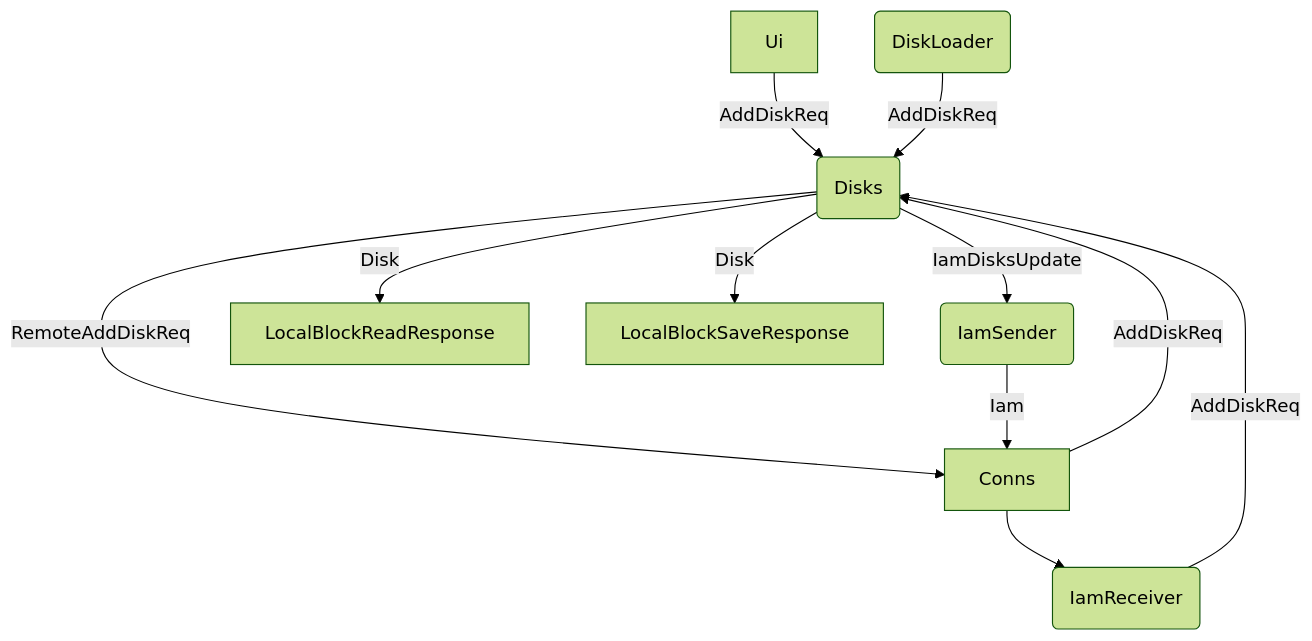
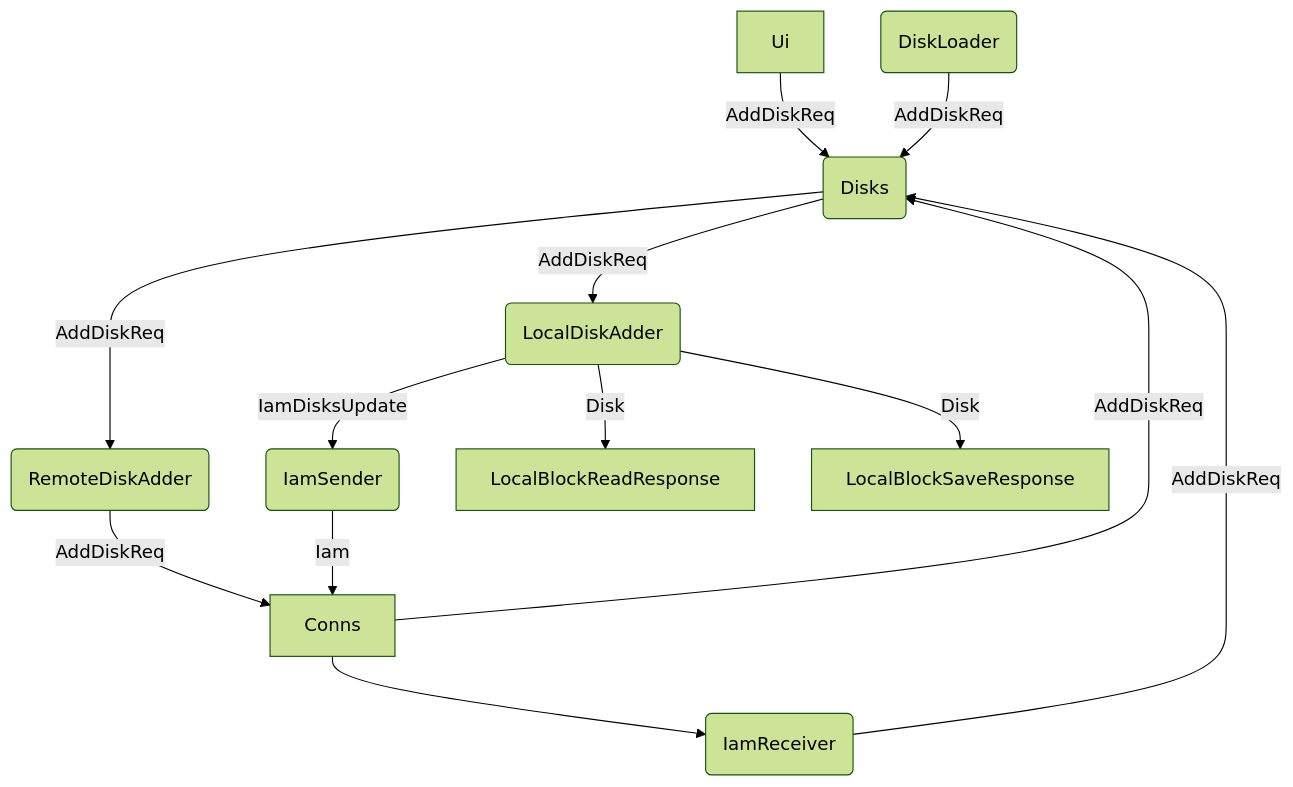
The diagram in pkg/disk/disks.mmd (roboadam/tealfs), drawn with Mermaid (forest theme) before and after one commit.

```diff
--- a/pkg/disk/disks.mmd
+++ b/pkg/disk/disks.mmd
@@ -1,11 +1,13 @@
 flowchart TD
     A[Ui] -->|AddDiskReq| B(Disks)
-    B -->|RemoteAddDiskReq| C[Conns]
+    B -->|AddDiskReq| I(LocalDiskAdder)
+    B -->|AddDiskReq| J(RemoteDiskAdder)
+    J -->|AddDiskReq| C[Conns]
     C -->|AddDiskReq| B
     D(DiskLoader) -->|AddDiskReq| B
-    B --> |IamDisksUpdate| E(IamSender)
+    I --> |IamDisksUpdate| E(IamSender)
     E -->|Iam| C
     C --> F(IamReceiver)
     F --> |AddDiskReq|B
-    B --> |Disk| G[LocalBlockReadResponse]
-    B --> |Disk| H[LocalBlockSaveResponse]
+    I --> |Disk| G[LocalBlockReadResponse]
+    I --> |Disk| H[LocalBlockSaveResponse]
```
